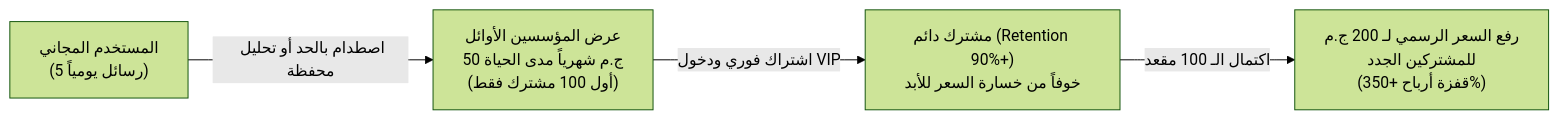
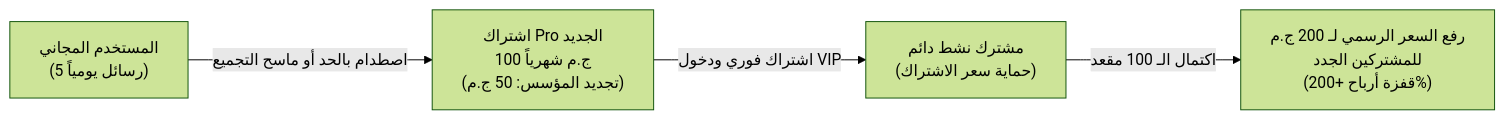
Before and after one commit to free1254141/egxbots: the diagram in تسارع نمو egxbots.md, drawn with Mermaid (forest theme). The commit also changed other lines of this file and 14 other files, not shown here.

````diff
--- a/تسارع نمو egxbots.md
+++ b/تسارع نمو egxbots.md
@@ -29,6 +34,6 @@
 ```mermaid
 flowchart LR
-    A["المستخدم المجاني\n(5 رسائل يومياً)"] -->|اصطدام بالحد أو تحليل محفظة| B["عرض المؤسسين الأوائل\n50 ج.م شهرياً مدى الحياة\n(أول 100 مشترك فقط)"]
-    B -->|اشتراك فوري ودخول VIP| C["مشترك دائم (Retention 90%+)\nخوفاً من خسارة السعر للأبد"]
-    C -->|اكتمال الـ 100 مقعد| D["رفع السعر الرسمي لـ 200 ج.م\nللمشتركين الجدد\n(قفزة أرباح +350%)"]
+    A["المستخدم المجاني\n(5 رسائل يومياً)"] -->|اصطدام بالحد أو ماسح التجميع| B["اشتراك Pro الجديد\n100 ج.م شهرياً\n(تجديد المؤسس: 50 ج.م)"]
+    B -->|اشتراك فوري ودخول VIP| C["مشترك نشط دائم\n(حماية سعر الاشتراك)"]
+    C -->|اكتمال الـ 100 مقعد| D["رفع السعر الرسمي لـ 200 ج.م\nللمشتركين الجدد\n(قفزة أرباح +200%)"]
 ```
````
